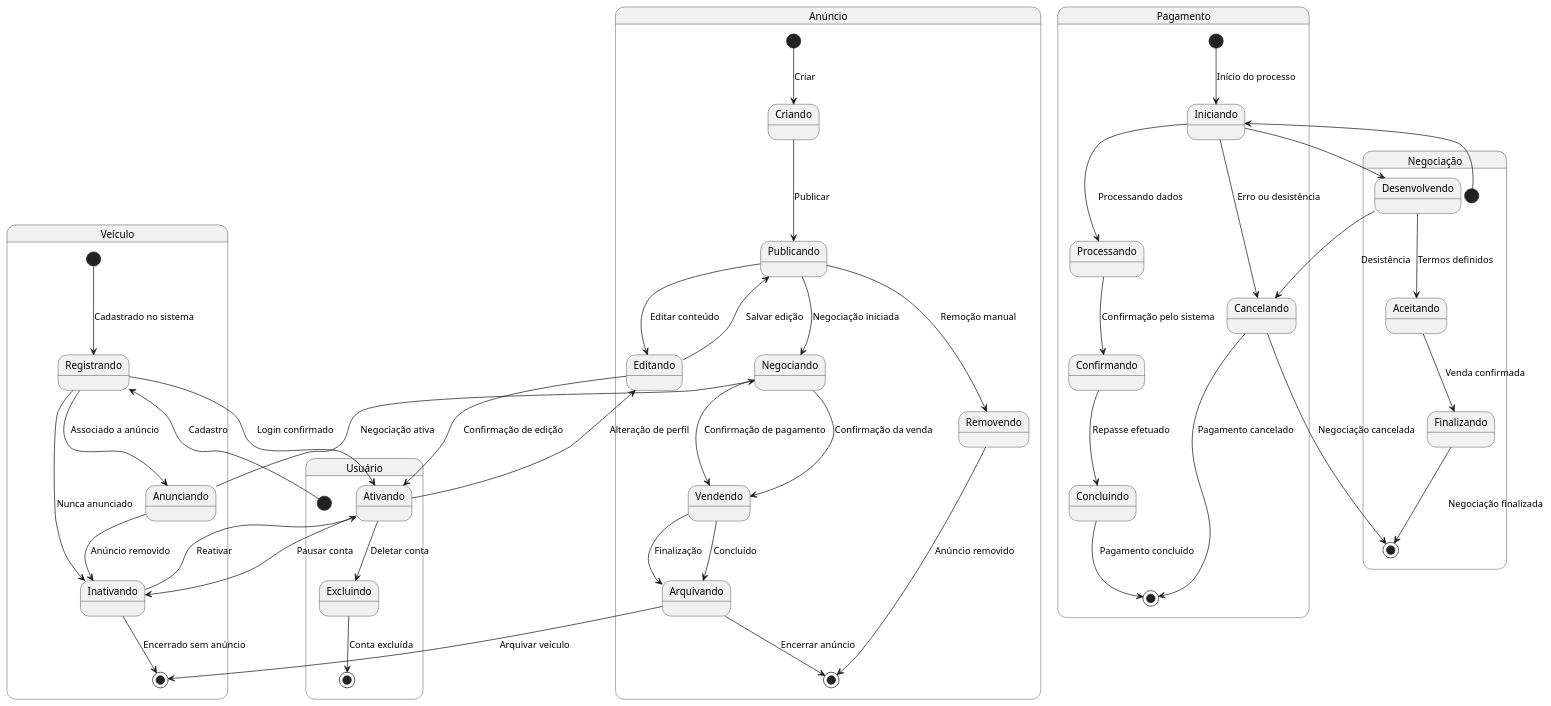
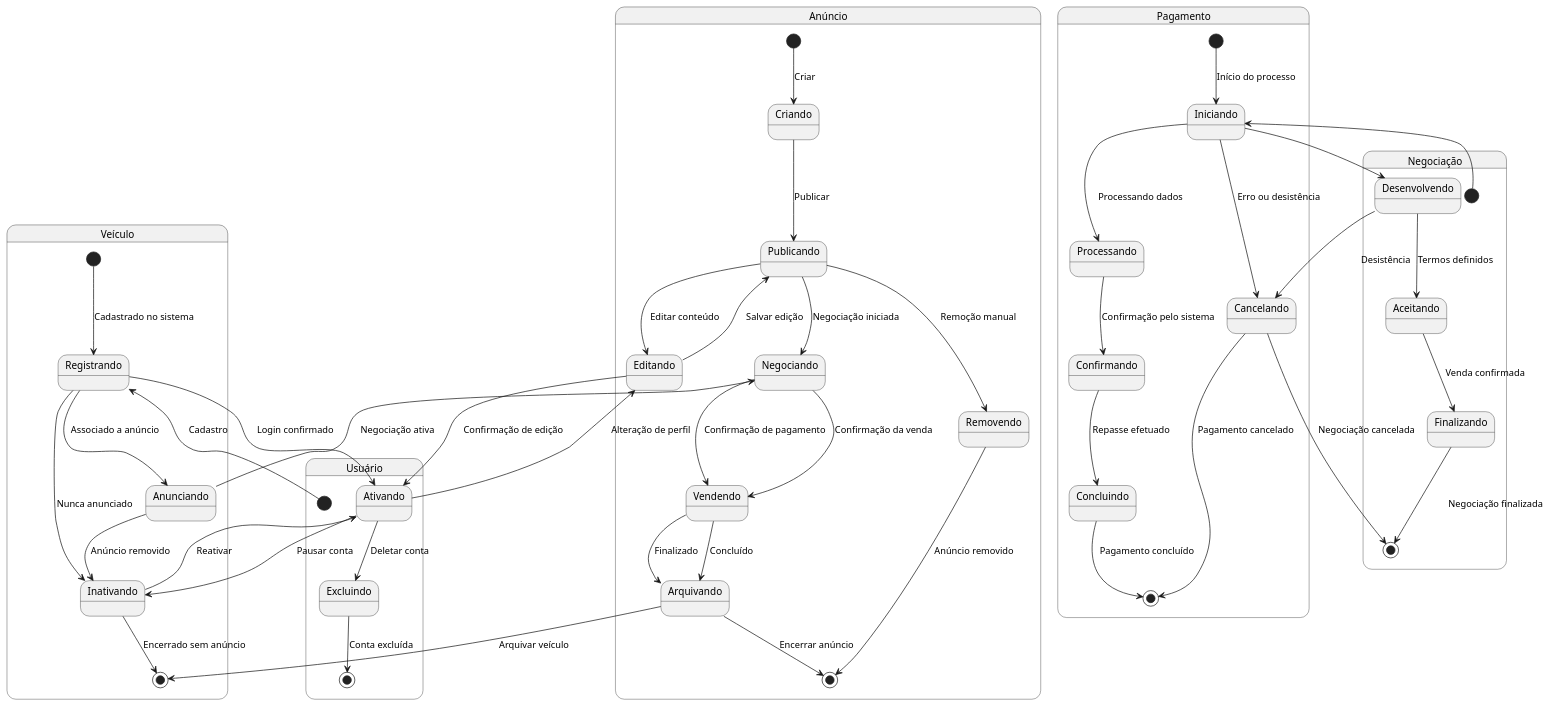
The diagram in diagrama_transicao_estado.md (guilhermeoliveirateo/sistema-compra-venda-veiculos), drawn with PlantUML before and after one commit.

````diff
--- a/diagrama_transicao_estado.md
+++ b/diagrama_transicao_estado.md
@@ -9,65 +9,65 @@
 ```plantuml
 @startuml
 
 state "Anúncio" as Anuncio {
   [*] --> Criando : Criar
   Criando --> Publicando : Publicar
   Publicando --> Negociando : Negociação iniciada
   Negociando --> Vendendo : Confirmação de pagamento
-  Vendendo --> Arquivando : Finalização
+  Vendendo --> Arquivando : Finalizado
   Arquivando --> [*] : Encerrar anúncio
 
   Publicando --> Editando : Editar conteúdo
   Editando --> Publicando : Salvar edição
   Publicando --> Removendo : Remoção manual
   Removendo --> [*] : Anúncio removido
 }
 
 state "Veículo" as Veiculo {
   [*] --> Registrando : Cadastrado no sistema
   Registrando --> Anunciando : Associado a anúncio
   Anunciando --> Negociando : Negociação ativa
   Negociando --> Vendendo : Confirmação da venda
   Vendendo --> Arquivando : Concluído
   Arquivando --> [*] : Arquivar veículo
 
   Registrando --> Inativando : Nunca anunciado
   Inativando --> [*] : Encerrado sem anúncio
   Anunciando --> Inativando : Anúncio removido
 }
 
 state "Usuário" as Usuario {
   [*] --> Registrando : Cadastro
   Registrando --> Ativando : Login confirmado
   Ativando --> Editando : Alteração de perfil
   Editando --> Ativando : Confirmação de edição
   Ativando --> Inativando : Pausar conta
   Inativando --> Ativando : Reativar
   Ativando --> Excluindo : Deletar conta
   Excluindo --> [*] : Conta excluída
 }
 
 state "Pagamento" as Pagamento {
   [*] --> Iniciando : Início do processo
   Iniciando --> Processando : Processando dados
   Processando --> Confirmando : Confirmação pelo sistema
   Confirmando --> Concluindo : Repasse efetuado
   Concluindo --> [*] : Pagamento concluído
 
   Iniciando --> Cancelando : Erro ou desistência
   Cancelando --> [*] : Pagamento cancelado
 }
 
 state "Negociação" as Negociacao {
   [*] --> Iniciando : Contato inicial
   Iniciando --> Desenvolvendo : Envio de mensagens
   Desenvolvendo --> Aceitando : Termos definidos
   Aceitando --> Finalizando : Venda confirmada
   Finalizando --> [*] : Negociação finalizada
 
   Desenvolvendo --> Cancelando : Desistência
   Cancelando --> [*] : Negociação cancelada
 }
 
 @enduml
 ```
````
